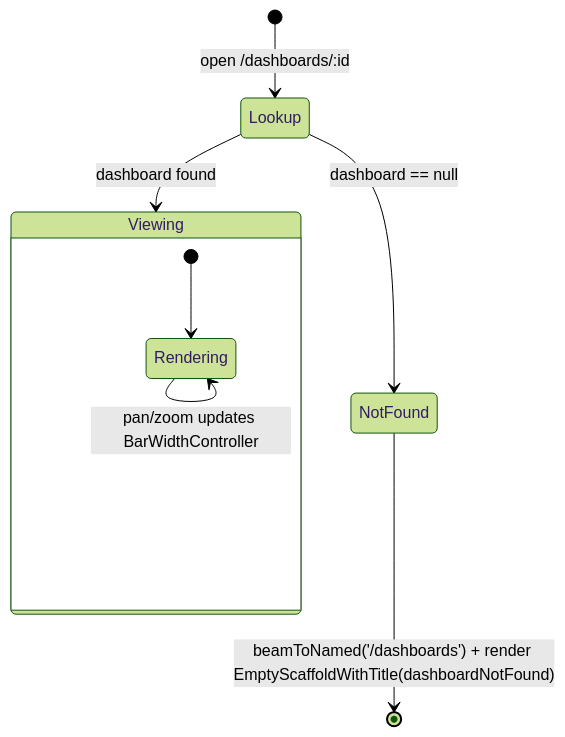
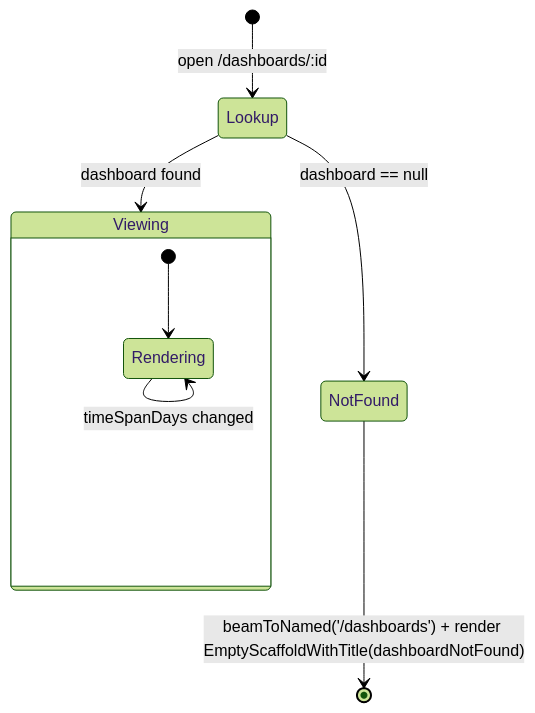
The fourth of 5 diagrams in lib/features/dashboards/README.md (matthiasn/lotti), drawn with Mermaid (forest theme) before and after one commit. The commit also changed other lines of this file and 39 other files, not shown here.

First line of the commit message:
refactor: round-3 dashboard chart review fixes (remove zoom, axes, captions, title)

````diff
--- a/lib/features/dashboards/README.md
+++ b/lib/features/dashboards/README.md
@@ -182,13 +179,12 @@
 ```mermaid
 stateDiagram-v2
   [*] --> Lookup: open /dashboards/:id
   Lookup --> Viewing: dashboard found
   Lookup --> NotFound: dashboard == null
   NotFound --> [*]: beamToNamed('/dashboards') + render EmptyScaffoldWithTitle(dashboardNotFound)
 
   state Viewing {
     [*] --> Rendering
     Rendering --> Rendering: timeSpanDays changed
-    Rendering --> Rendering: pan/zoom updates BarWidthController
   }
 ```
````
